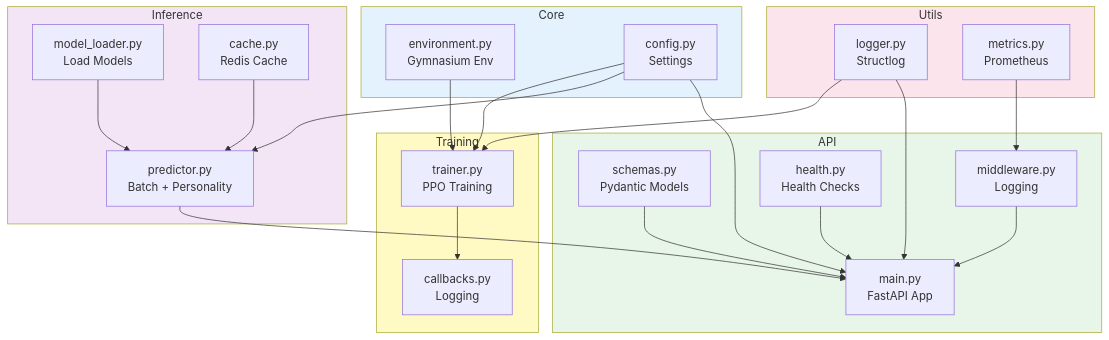
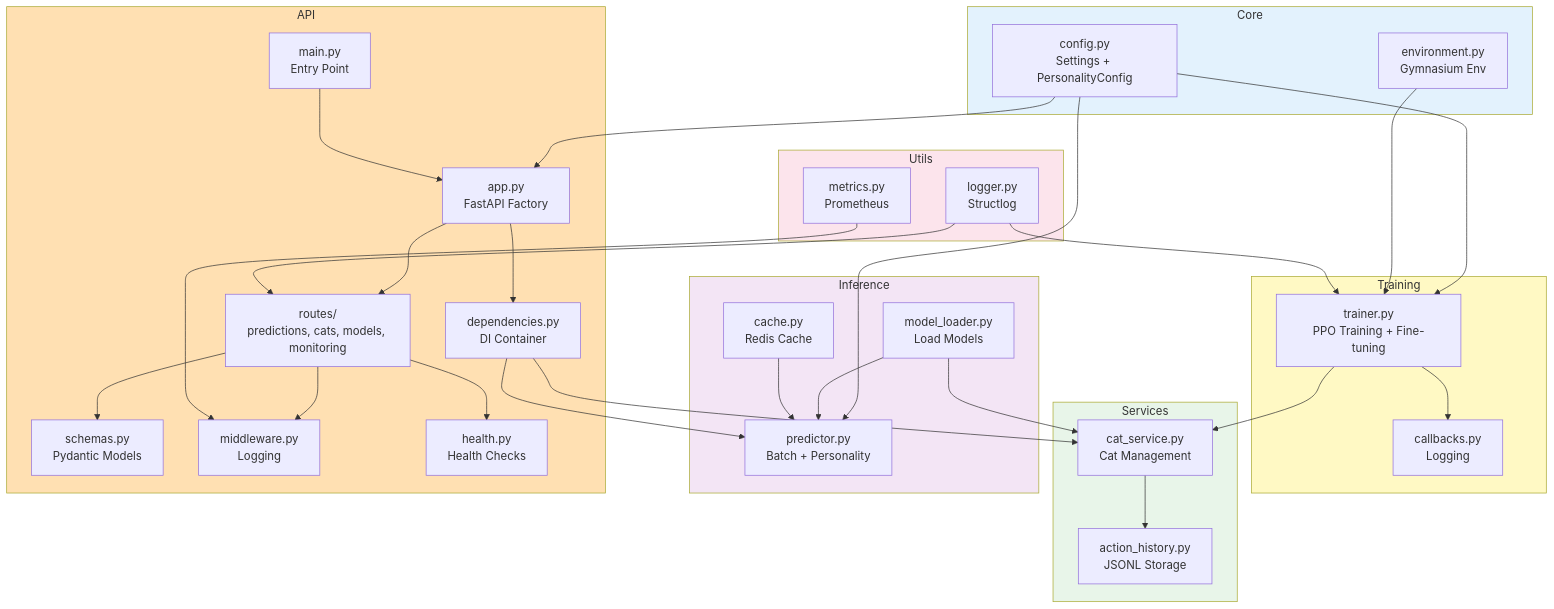
Before and after one commit to tantaneity/cat-brain-service: the seventh of 7 diagrams in README.md, drawn with Mermaid. The commit also changed other lines of this file, not shown here.

Commit message:
docs: update diagrams to reflect new architecture

````diff
--- a/README.md
+++ b/README.md
@@ -220,55 +248,72 @@
 ```mermaid
 graph TD
     subgraph Core
         ENV[environment.py<br/>Gymnasium Env]
-        CONFIG[config.py<br/>Settings]
+        CONFIG[config.py<br/>Settings + PersonalityConfig]
     end
     
     subgraph Training
-        TRAINER[trainer.py<br/>PPO Training]
+        TRAINER[trainer.py<br/>PPO Training + Fine-tuning]
         CALLBACKS[callbacks.py<br/>Logging]
+    end
+    
+    subgraph Services
+        CAT_SERVICE[cat_service.py<br/>Cat Management]
+        ACTION_HIST[action_history.py<br/>JSONL Storage]
     end
     
     subgraph Inference
         LOADER[model_loader.py<br/>Load Models]
         PREDICTOR[predictor.py<br/>Batch + Personality]
         CACHE_MOD[cache.py<br/>Redis Cache]
     end
     
     subgraph API
-        MAIN[main.py<br/>FastAPI App]
+        MAIN[main.py<br/>Entry Point]
+        APP[app.py<br/>FastAPI Factory]
+        DEPS[dependencies.py<br/>DI Container]
+        ROUTES[routes/<br/>predictions, cats, models, monitoring]
         SCHEMAS[schemas.py<br/>Pydantic Models]
         MIDDLEWARE_MOD[middleware.py<br/>Logging]
         HEALTH[health.py<br/>Health Checks]
     end
     
     subgraph Utils
         LOGGER[logger.py<br/>Structlog]
         METRICS_MOD[metrics.py<br/>Prometheus]
     end
     
     CONFIG --> TRAINER
     CONFIG --> PREDICTOR
-    CONFIG --> MAIN
+    CONFIG --> APP
     
     ENV --> TRAINER
     TRAINER --> CALLBACKS
+    TRAINER --> CAT_SERVICE
     
     LOADER --> PREDICTOR
+    LOADER --> CAT_SERVICE
     CACHE_MOD --> PREDICTOR
     
-    SCHEMAS --> MAIN
-    PREDICTOR --> MAIN
-    MIDDLEWARE_MOD --> MAIN
-    HEALTH --> MAIN
+    CAT_SERVICE --> ACTION_HIST
+    
+    MAIN --> APP
+    APP --> ROUTES
+    APP --> DEPS
+    DEPS --> PREDICTOR
+    DEPS --> CAT_SERVICE
+    ROUTES --> SCHEMAS
+    ROUTES --> MIDDLEWARE_MOD
+    ROUTES --> HEALTH
     
     LOGGER --> TRAINER
-    LOGGER --> MAIN
+    LOGGER --> ROUTES
     METRICS_MOD --> MIDDLEWARE_MOD
     
     style Core fill:#e3f2fd
     style Training fill:#fff9c4
+    style Services fill:#e8f5e9
     style Inference fill:#f3e5f5
-    style API fill:#e8f5e9
+    style API fill:#ffe0b2
     style Utils fill:#fce4ec
 ```
````
